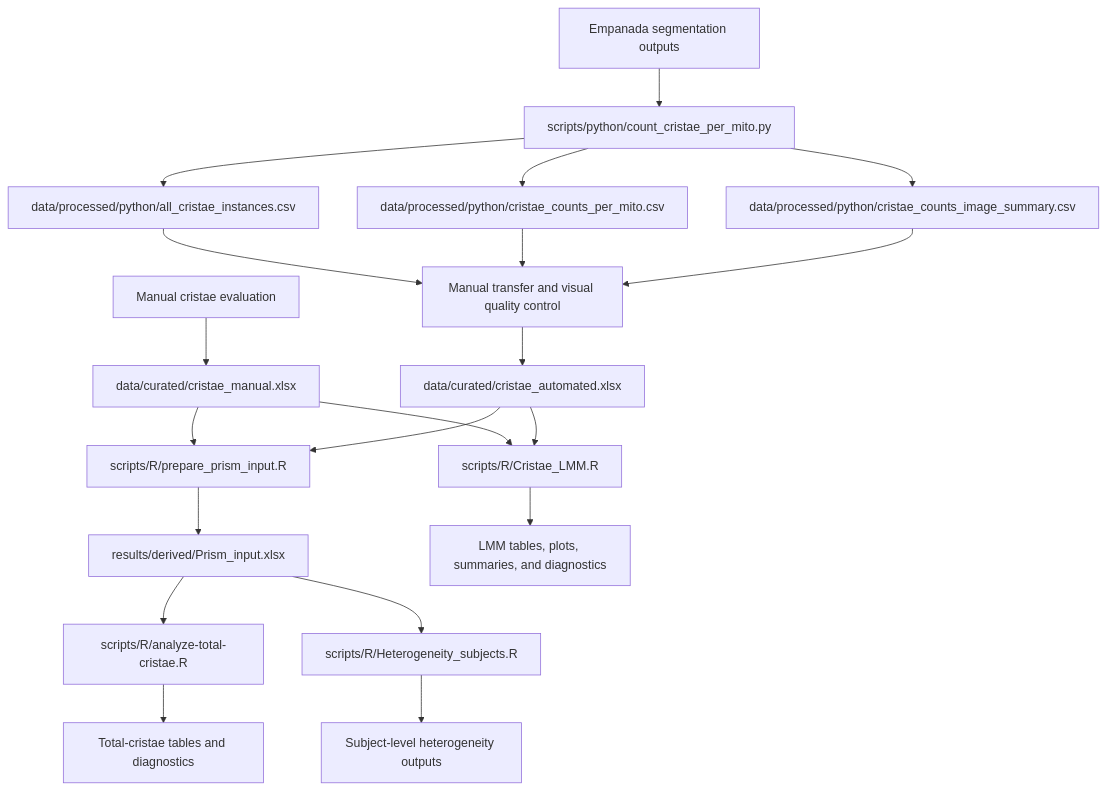
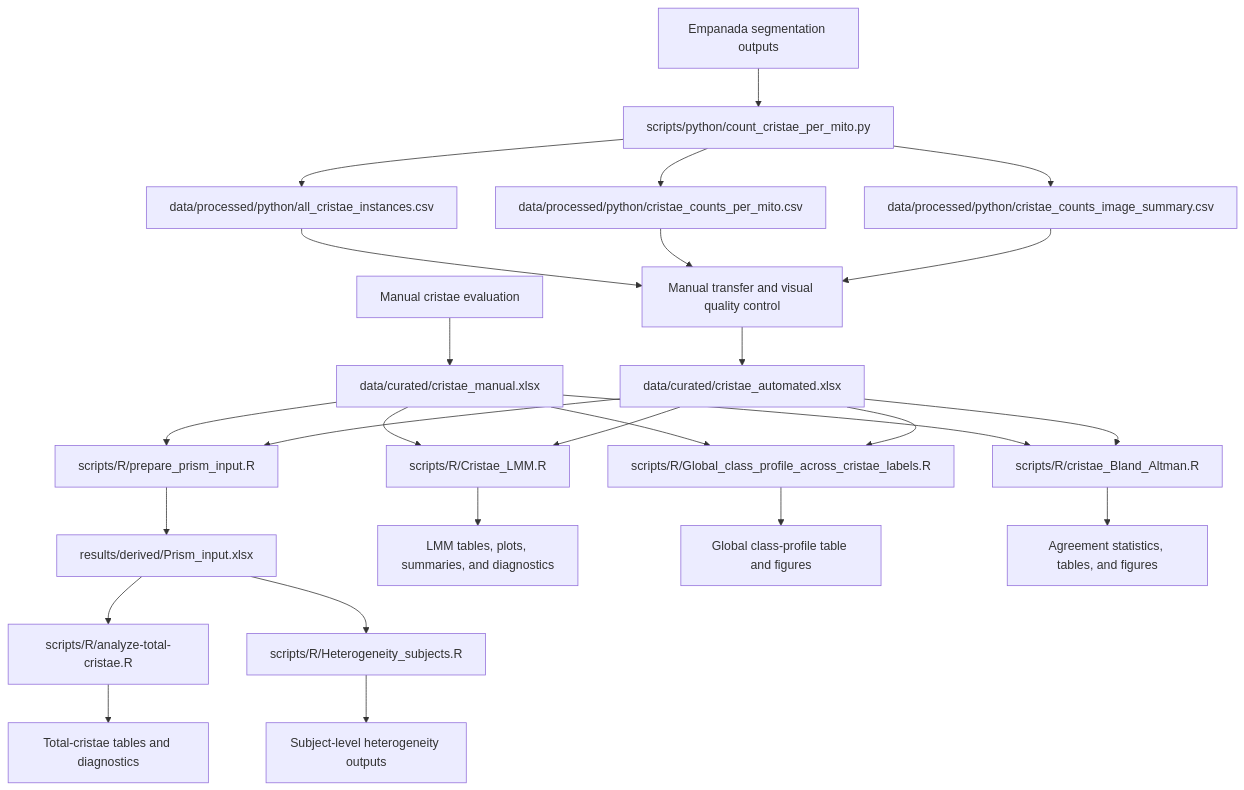
Before and after one commit to nikolvolfova-web/Mitochondrial-Ultrastructure-Analysis: the diagram in README.md, drawn with Mermaid. The commit also changed other lines of this file and 13 other files, not shown here.

````diff
--- a/README.md
+++ b/README.md
@@ -50,28 +49,36 @@
 ```mermaid
 flowchart TD
     M1["Manual cristae evaluation"] --> M2["data/curated/cristae_manual.xlsx"]
 
     E1["Empanada segmentation outputs"] --> P["scripts/python/count_cristae_per_mito.py"]
     P --> C1["data/processed/python/all_cristae_instances.csv"]
     P --> C2["data/processed/python/cristae_counts_per_mito.csv"]
     P --> C3["data/processed/python/cristae_counts_image_summary.csv"]
 
     C1 --> Q["Manual transfer and visual quality control"]
     C2 --> Q
     C3 --> Q
     Q --> A["data/curated/cristae_automated.xlsx"]
 
     M2 --> PI["scripts/R/prepare_prism_input.R"]
     A --> PI
     PI --> PT["results/derived/Prism_input.xlsx"]
 
     PT --> T["scripts/R/analyze-total-cristae.R"]
     PT --> H["scripts/R/Heterogeneity_subjects.R"]
 
     M2 --> LMM["scripts/R/Cristae_LMM.R"]
     A --> LMM
 
+    M2 --> GCP["scripts/R/Global_class_profile_across_cristae_labels.R"]
+    A --> GCP
+
+    M2 --> BA["scripts/R/cristae_Bland_Altman.R"]
+    A --> BA
+
     T --> O1["Total-cristae tables and diagnostics"]
     H --> O2["Subject-level heterogeneity outputs"]
     LMM --> O3["LMM tables, plots, summaries, and diagnostics"]
+    GCP --> O4["Global class-profile table and figures"]
+    BA --> O5["Agreement statistics, tables, and figures"]
 ```
````
